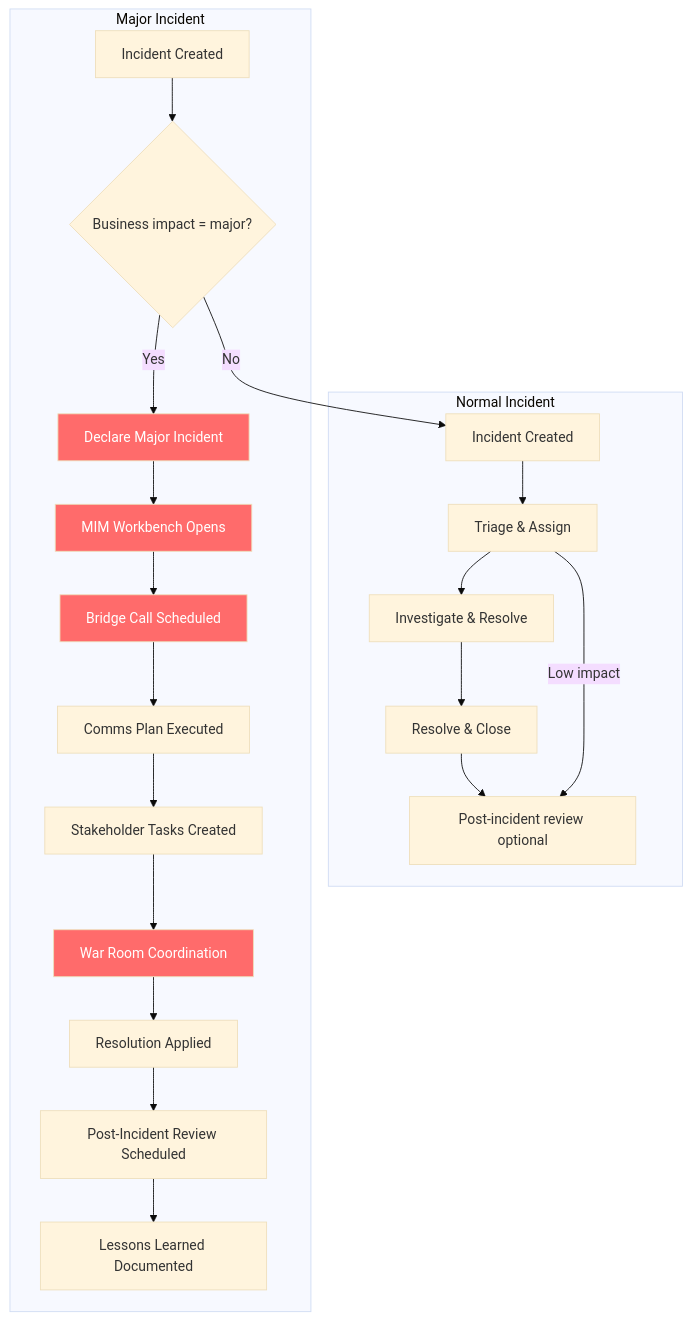
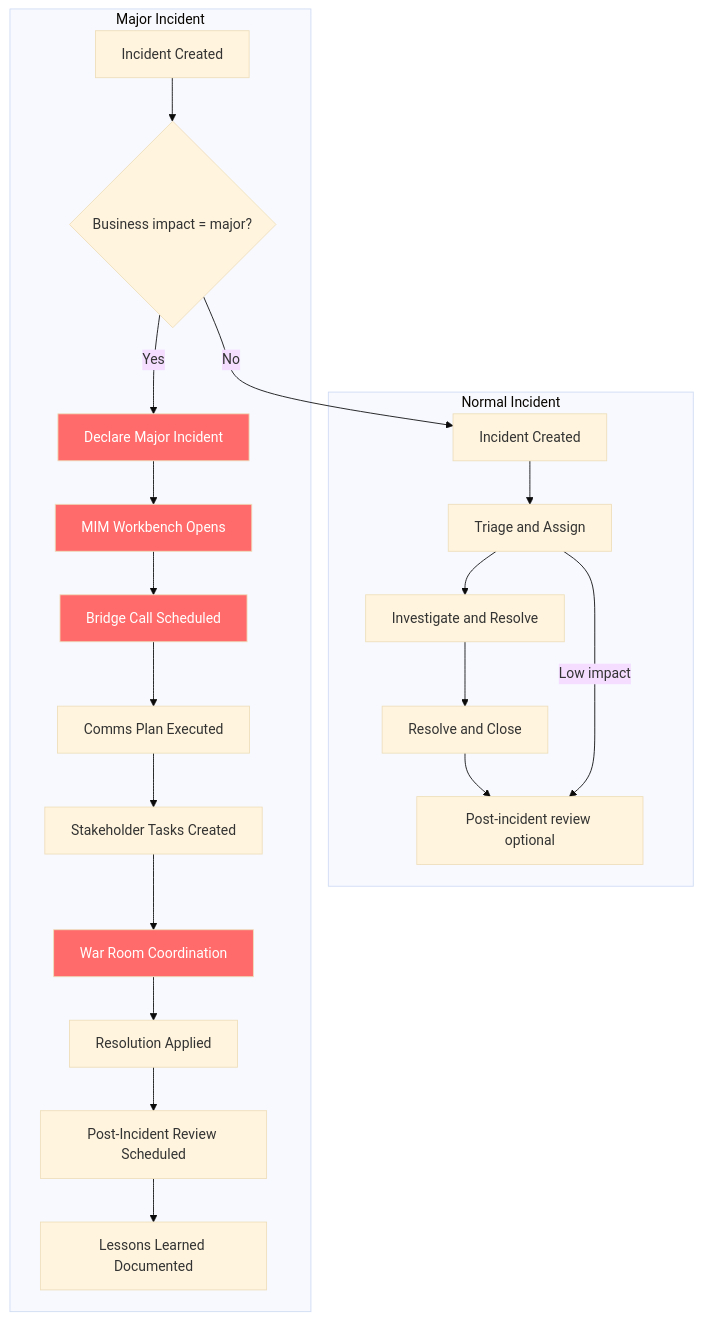
Before and after one commit to eltonaguiar/ServiceNow_Learning_TSOM-_CSM_FSM_SalesCRM_HAM_ITSM: the second of 8 diagrams in docs/modules/itsm/itsm-guide.md, drawn with Mermaid (base theme). The commit also changed other lines of this file and 19 other files, not shown here.

Commit message:
Fix all Mermaid diagram special characters - replace dollar, parens, slashes, quotes, pipes, nested brackets and other unsafe chars inside brackets with safe alternatives across 19 files

````diff
--- a/docs/modules/itsm/itsm-guide.md
+++ b/docs/modules/itsm/itsm-guide.md
@@ -471,32 +471,32 @@
 ```mermaid
 flowchart TD
     subgraph "Normal Incident"
-        N1[Incident Created] --> N2[Triage & Assign]
-        N2 --> N3[Investigate & Resolve]
-        N3 --> N4[Resolve & Close]
+        N1[Incident Created] --> N2[Triage  and  Assign]
+        N2 --> N3[Investigate  and  Resolve]
+        N3 --> N4[Resolve  and  Close]
         N4 --> N5[Post-incident review optional]
     end
     
     subgraph "Major Incident"
         M1[Incident Created] --> M2{Business impact = major?}
         M2 -->|Yes| M3[Declare Major Incident]
         M3 --> M4[MIM Workbench Opens]
         M4 --> M5[Bridge Call Scheduled]
         M5 --> M6[Comms Plan Executed]
         M6 --> M7[Stakeholder Tasks Created]
         M7 --> M8[War Room Coordination]
         M8 --> M9[Resolution Applied]
         M9 --> M10[Post-Incident Review Scheduled]
         M10 --> M11[Lessons Learned Documented]
     end
     
     N2 -->|Low impact| N5
     M2 -->|No| N1
     
     style M3 fill:#ff6b6b,color:#fff
     style M4 fill:#ff6b6b,color:#fff
     style M5 fill:#ff6b6b,color:#fff
     style M8 fill:#ff6b6b,color:#fff
     
     
 ```
````
